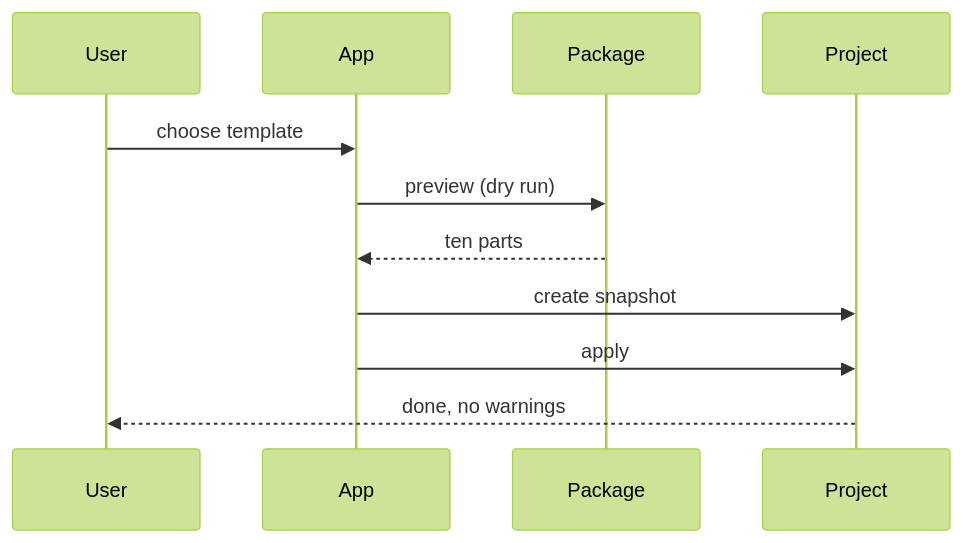
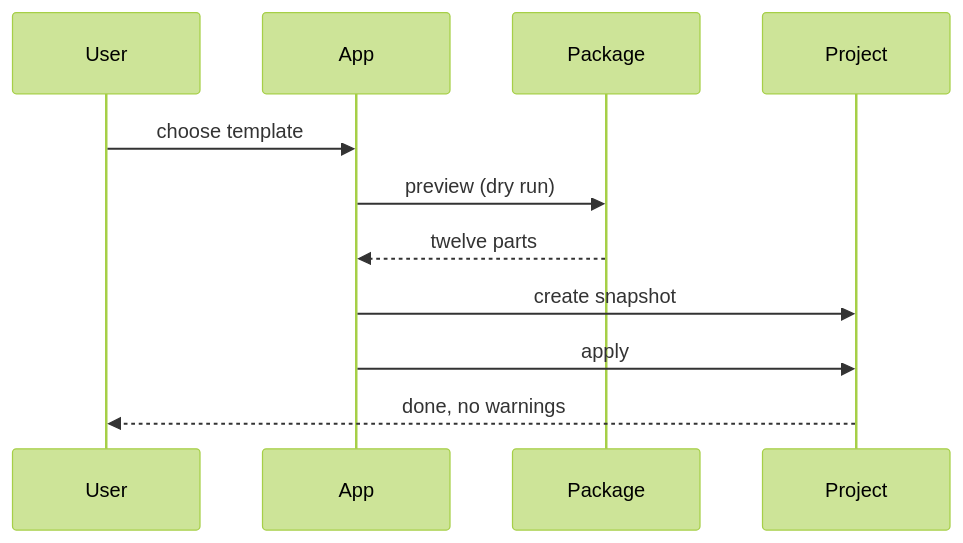
One commit to boxi-os/Quartz-Example-Template changed the diagram in en/2-formatting/09-diagrams/sequence.md. Above: the diagram before and after it, drawn with Mermaid (forest theme). The commit also changed other lines of this file and 5 other files, not shown here.

First line of the commit message:
Die Bausteine sind zwölf, nicht zehn — auch in den Diagrammen

````diff
--- a/en/2-formatting/09-diagrams/sequence.md
+++ b/en/2-formatting/09-diagrams/sequence.md
@@ -24,9 +24,9 @@
 ```mermaid
 sequenceDiagram
     User->>App: choose template
     App->>Package: preview (dry run)
-    Package-->>App: ten parts
+    Package-->>App: twelve parts
     App->>Project: create snapshot
     App->>Project: apply
     Project-->>User: done, no warnings
 ```
````
